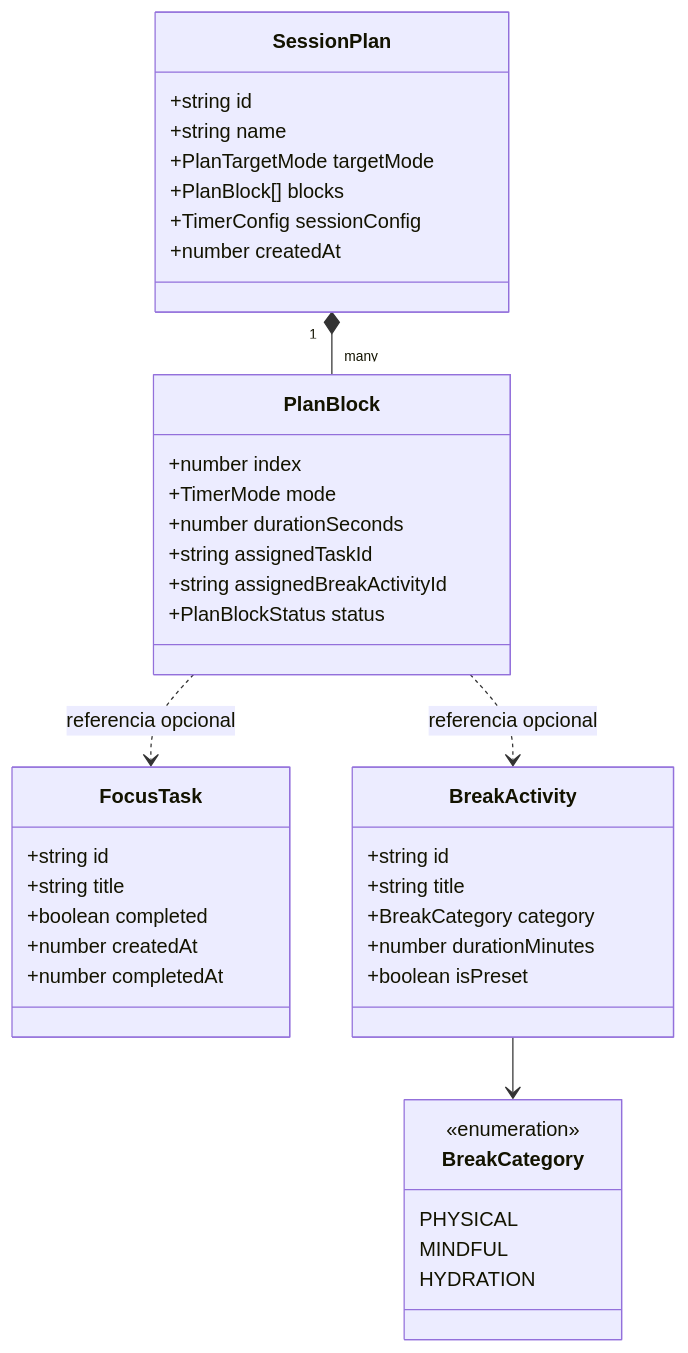
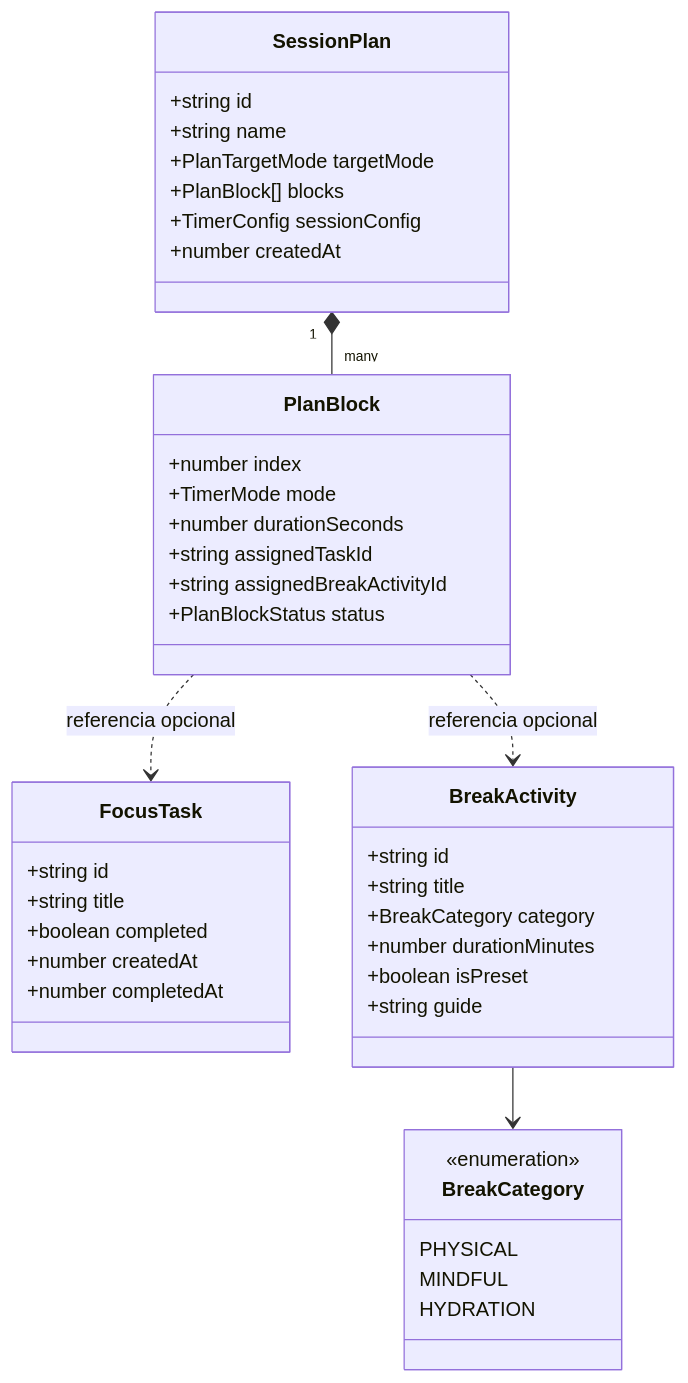
Before and after one commit to EmanuelAngel/pomody: the first of 3 diagrams in docs/features/tasks-and-planning.md, drawn with Mermaid. The commit also changed other lines of this file and 3 other files, not shown here.

````diff
--- a/docs/features/tasks-and-planning.md
+++ b/docs/features/tasks-and-planning.md
@@ -28,48 +28,49 @@
 ```mermaid
 classDiagram
     class FocusTask {
         +string id
         +string title
         +boolean completed
         +number createdAt
         +number completedAt
     }
 
     class BreakActivity {
         +string id
         +string title
         +BreakCategory category
         +number durationMinutes
         +boolean isPreset
+        +string guide
     }
 
     class BreakCategory {
         <<enumeration>>
         PHYSICAL
         MINDFUL
         HYDRATION
     }
 
     class PlanBlock {
         +number index
         +TimerMode mode
         +number durationSeconds
         +string assignedTaskId
         +string assignedBreakActivityId
         +PlanBlockStatus status
     }
 
     class SessionPlan {
         +string id
         +string name
         +PlanTargetMode targetMode
         +PlanBlock[] blocks
         +TimerConfig sessionConfig
         +number createdAt
     }
 
     BreakActivity --> BreakCategory
     SessionPlan "1" *-- "many" PlanBlock
     PlanBlock ..> FocusTask : referencia opcional
     PlanBlock ..> BreakActivity : referencia opcional
 ```
````
